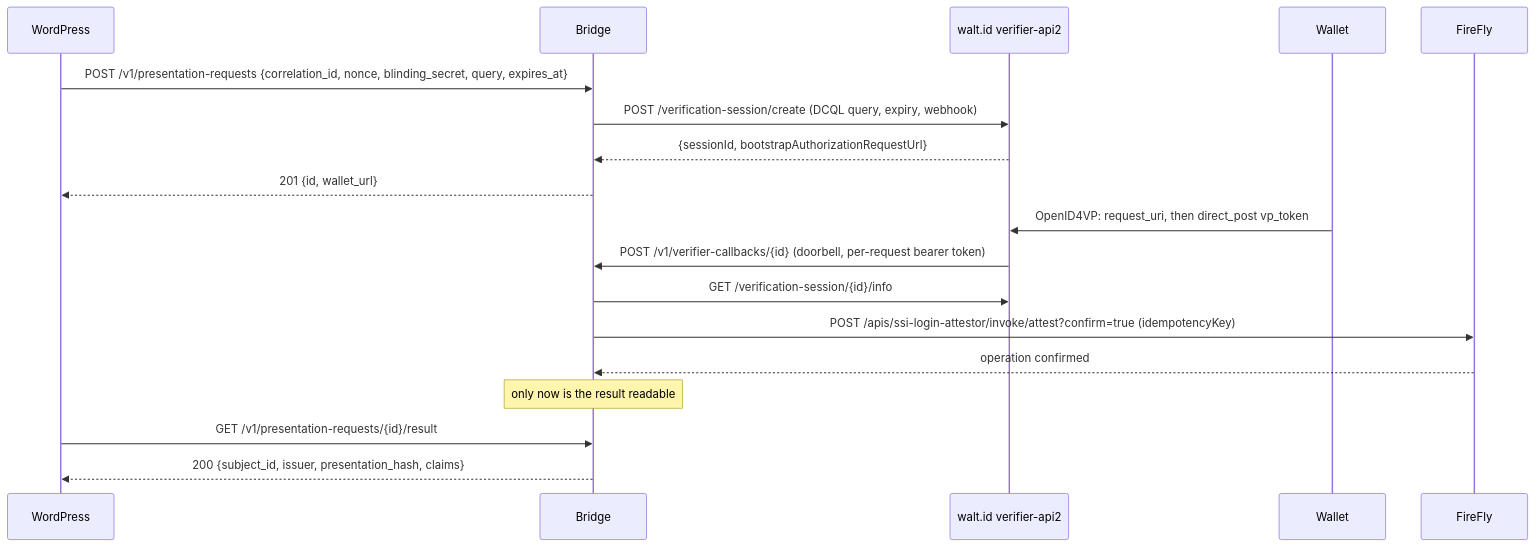
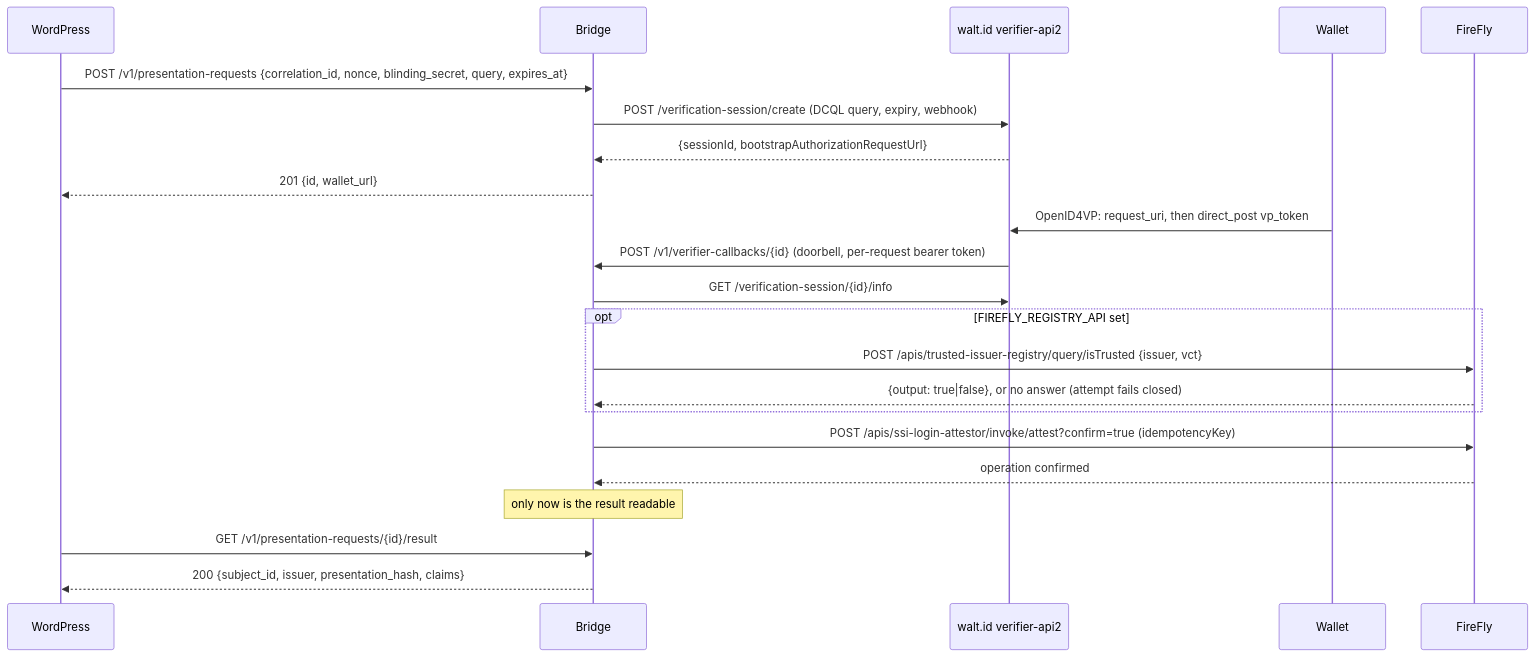
Before and after one commit to bloclabs-io/bloclabs-ssi-login: the diagram in bridge/README.md, drawn with Mermaid. The commit also changed other lines of this file and 10 other files, not shown here.

````diff
--- a/bridge/README.md
+++ b/bridge/README.md
@@ -9,21 +9,25 @@
 ```mermaid
 sequenceDiagram
     participant WP as WordPress
     participant BR as Bridge
     participant V as walt.id verifier-api2
     participant W as Wallet
     participant FF as FireFly
 
     WP->>BR: POST /v1/presentation-requests {correlation_id, nonce, blinding_secret, query, expires_at}
     BR->>V: POST /verification-session/create (DCQL query, expiry, webhook)
     V-->>BR: {sessionId, bootstrapAuthorizationRequestUrl}
     BR-->>WP: 201 {id, wallet_url}
     W->>V: OpenID4VP: request_uri, then direct_post vp_token
     V->>BR: POST /v1/verifier-callbacks/{id} (doorbell, per-request bearer token)
     BR->>V: GET /verification-session/{id}/info
+    opt FIREFLY_REGISTRY_API set
+        BR->>FF: POST /apis/trusted-issuer-registry/query/isTrusted {issuer, vct}
+        FF-->>BR: {output: true|false}, or no answer (attempt fails closed)
+    end
     BR->>FF: POST /apis/ssi-login-attestor/invoke/attest?confirm=true (idempotencyKey)
     FF-->>BR: operation confirmed
     Note over BR: only now is the result readable
     WP->>BR: GET /v1/presentation-requests/{id}/result
     BR-->>WP: 200 {subject_id, issuer, presentation_hash, claims}
 ```
````
